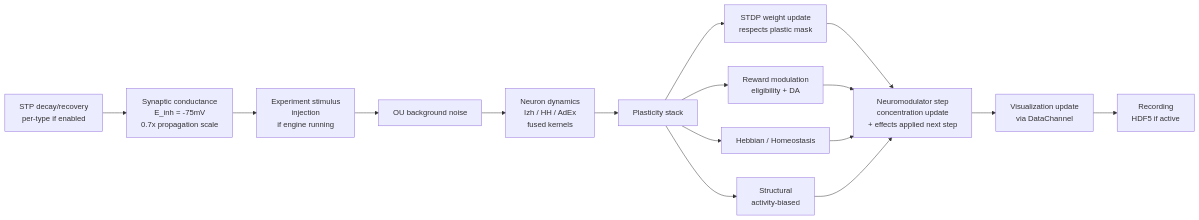
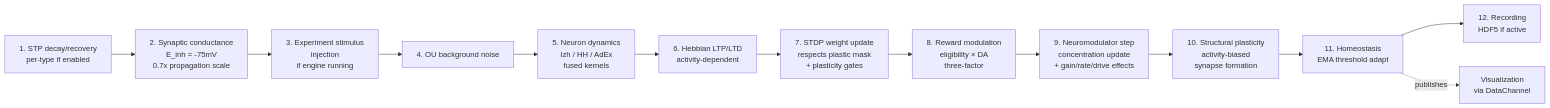
The second of 3 diagrams in README.md (danthi123/neural-simulator), drawn with Mermaid before and after one commit. The commit also changed other lines of this file, not shown here.

Commit message:
docs(readme): fix per-step pipeline diagram + small drift items
- Per-step pipeline diagram: reorder plasticity sub-steps to match the
  actual order in SimulationBridge._run_one_simulation_step (Hebbian →
  STDP → Reward → NM → Structural → Homeostasis). The previous diagram
  bundled Hebbian/Homeostasis and put NM after all plasticity, both of
  which are misleading vs the code path.
- Brain-region templates: 15 → 16 (count of NEURAL_STRUCTURE_PROFILES
  entries in sim/profiles.py)
- G11 status table: "GO 2026-04-27" → "GO 2026-04-27/28 — flagship"
- Testing section: pytest test_g11_bg_runner.py → test_g11_bg_runner_flags.py
  (the actual file name)

````diff
--- a/README.md
+++ b/README.md
@@ -132,18 +132,21 @@
 ```mermaid
 flowchart LR
-    A[STP decay/recovery<br/>per-type if enabled] --> B[Synaptic conductance<br/>E_inh = -75mV<br/>0.7x propagation scale]
-    B --> C[Experiment stimulus<br/>injection<br/>if engine running]
-    C --> D[OU background noise]
-    D --> E[Neuron dynamics<br/>Izh / HH / AdEx<br/>fused kernels]
-    E --> F[Plasticity stack]
-    F --> F1[STDP weight update<br/>respects plastic mask]
-    F --> F2[Reward modulation<br/>eligibility + DA]
-    F --> F3[Hebbian / Homeostasis]
-    F --> F4[Structural<br/>activity-biased]
-    F1 --> G[Neuromodulator step<br/>concentration update<br/>+ effects applied next step]
-    F2 --> G
-    F3 --> G
-    F4 --> G
-    G --> H[Visualization update<br/>via DataChannel]
-    H --> I[Recording<br/>HDF5 if active]
+    A[1. STP decay/recovery<br/>per-type if enabled]
+    B[2. Synaptic conductance<br/>E_inh = -75mV<br/>0.7x propagation scale]
+    C[3. Experiment stimulus<br/>injection<br/>if engine running]
+    D[4. OU background noise]
+    E[5. Neuron dynamics<br/>Izh / HH / AdEx<br/>fused kernels]
+    F1[6. Hebbian LTP/LTD<br/>activity-dependent]
+    F2[7. STDP weight update<br/>respects plastic mask<br/>+ plasticity gates]
+    F3[8. Reward modulation<br/>eligibility × DA<br/>three-factor]
+    F4[9. Neuromodulator step<br/>concentration update<br/>+ gain/rate/drive effects]
+    F5[10. Structural plasticity<br/>activity-biased<br/>synapse formation]
+    F6[11. Homeostasis<br/>EMA threshold adapt]
+    H[12. Recording<br/>HDF5 if active]
+    I[Visualization<br/>via DataChannel]
+
+    A --> B --> C --> D --> E
+    E --> F1 --> F2 --> F3 --> F4 --> F5 --> F6
+    F6 --> H
+    F6 -.publishes.-> I
 ```
````
